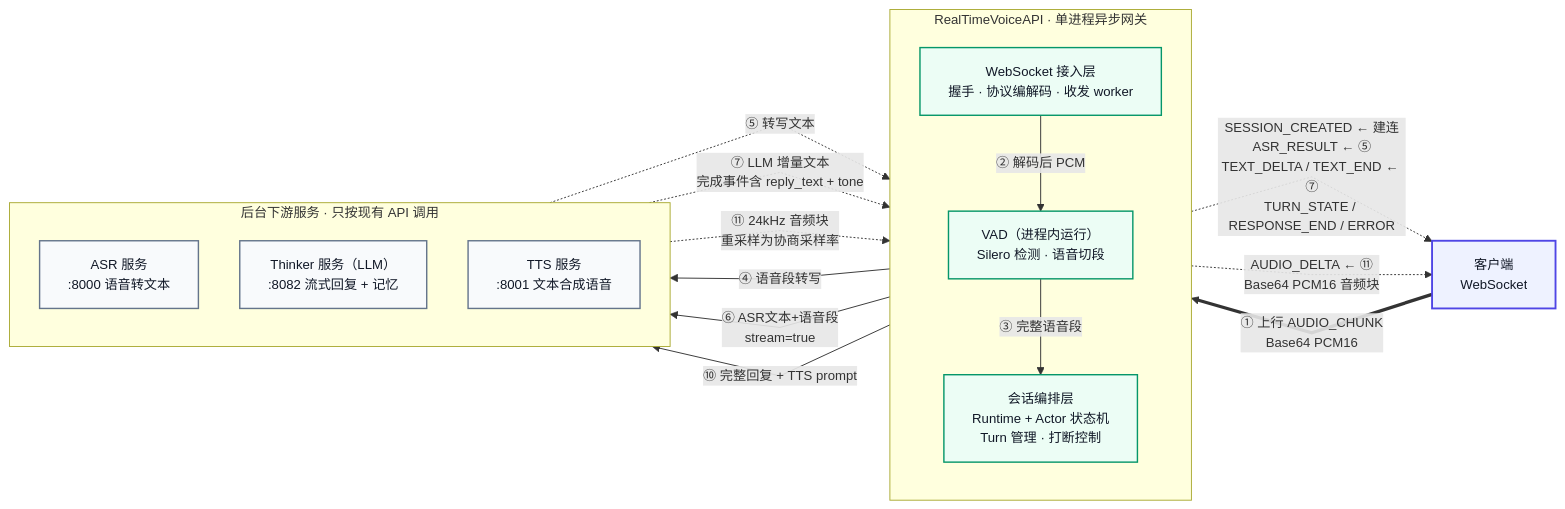
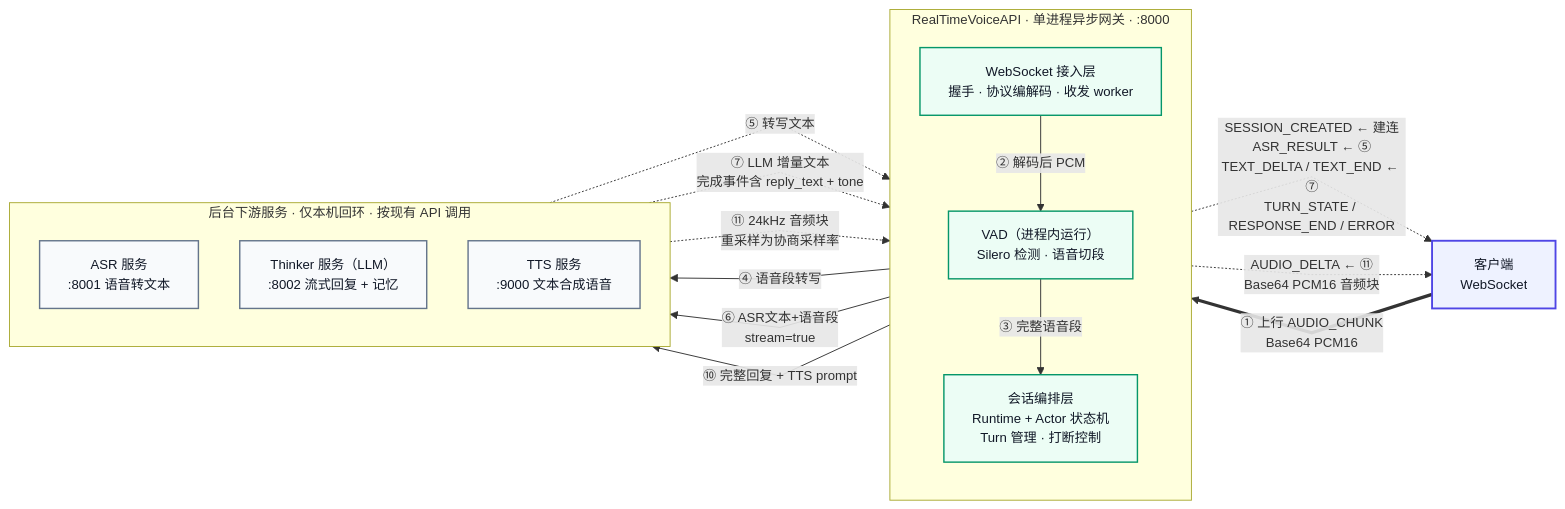
The diagram in README.md (JetChennn/RealTimeVoiceApi), drawn with Mermaid before and after one commit. The commit also changed other lines of this file, not shown here.

````diff
--- a/README.md
+++ b/README.md
@@ -5,45 +5,45 @@
 ```mermaid
 %%{init: {"flowchart": {"curve": "linear", "nodeSpacing": 44, "rankSpacing": 56}, "themeVariables": {"fontSize": "14px"}}}%%
 flowchart LR
     C["客户端<br/>WebSocket"]
 
-    subgraph G["RealTimeVoiceAPI · 单进程异步网关"]
+    subgraph G["RealTimeVoiceAPI · 单进程异步网关 · :8000"]
         direction TB
         WS["WebSocket 接入层<br/>握手 · 协议编解码 · 收发 worker"]
         V["VAD（进程内运行）<br/>Silero 检测 · 语音切段"]
         O["会话编排层<br/>Runtime + Actor 状态机<br/>Turn 管理 · 打断控制"]
     end
 
-    subgraph E["后台下游服务 · 只按现有 API 调用"]
+    subgraph E["后台下游服务 · 仅本机回环 · 按现有 API 调用"]
         direction TB
-        ASR["ASR 服务<br/>:8000 语音转文本"]
-        TH["Thinker 服务（LLM）<br/>:8082 流式回复 + 记忆"]
-        TT["TTS 服务<br/>:8001 文本合成语音"]
+        ASR["ASR 服务<br/>:8001 语音转文本"]
+        TH["Thinker 服务（LLM）<br/>:8002 流式回复 + 记忆"]
+        TT["TTS 服务<br/>:9000 文本合成语音"]
     end
 
     %% 上行链路
     C ==>|"① 上行 AUDIO_CHUNK<br/>Base64 PCM16"| WS
     WS -->|"② 解码后 PCM"| V
     V -->|"③ 完整语音段"| O
 
     %% 网关 → 下游
     O -->|"④ 语音段转写"| ASR
     O -->|"⑥ ASR文本+语音段<br/>stream=true"| TH
     O -->|"⑩ 完整回复 + TTS prompt"| TT
 
     %% 下游 → 网关
     ASR -.->|"⑤ 转写文本"| O
     TH -.->|"⑦ LLM 增量文本<br/>完成事件含 reply_text + tone"| O
     TT -.->|"⑪ 24kHz 音频块<br/>重采样为协商采样率"| O
 
     %% 编排层 → 客户端（下行全部由编排层发出，源头不同）
     O -.->|"SESSION_CREATED ← 建连<br/>ASR_RESULT ← ⑤<br/>TEXT_DELTA / TEXT_END ← ⑦<br/>TURN_STATE / RESPONSE_END / ERROR"| C
     O -.->|"AUDIO_DELTA ← ⑪<br/>Base64 PCM16 音频块"| C
 
     classDef client fill:#EEF2FF,stroke:#4F46E5,stroke-width:2px,color:#111827;
     classDef gateway fill:#ECFDF5,stroke:#059669,stroke-width:1.5px,color:#111827;
     classDef external fill:#F8FAFC,stroke:#64748B,stroke-width:1.5px,color:#111827;
     class C client;
     class WS,V,O gateway;
     class ASR,TH,TT external;
 ```
````
